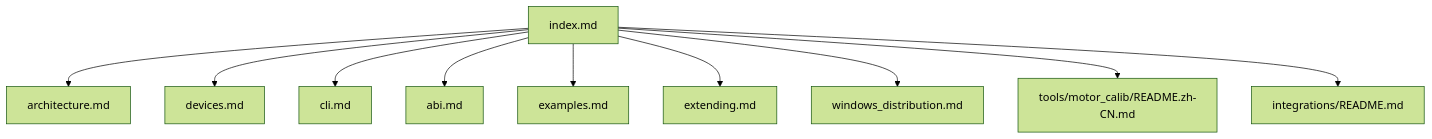
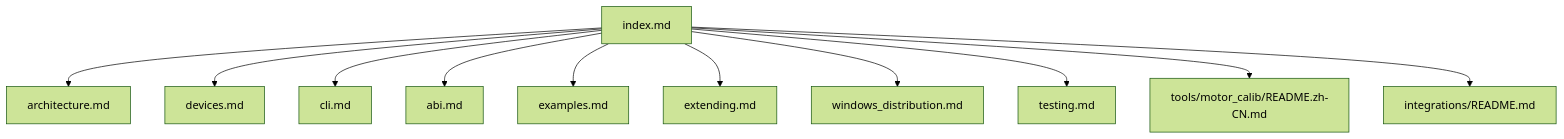
Before and after one commit to tianrking/motorbridge: the diagram in docs/zh/index.md, drawn with Mermaid (forest theme). The commit also changed other lines of this file and 9 other files, not shown here.

````diff
--- a/docs/zh/index.md
+++ b/docs/zh/index.md
@@ -7,12 +7,13 @@
 ```mermaid
 flowchart TD
   IDX["index.md"] --> ARCH["architecture.md"]
   IDX --> DEV["devices.md"]
   IDX --> CLI["cli.md"]
   IDX --> ABI["abi.md"]
   IDX --> EX["examples.md"]
   IDX --> EXT["extending.md"]
   IDX --> WIN["windows_distribution.md"]
+  IDX --> TST["testing.md"]
   IDX --> CAL["tools/motor_calib/README.zh-CN.md"]
   IDX --> INT["integrations/README.md"]
 ```
````
